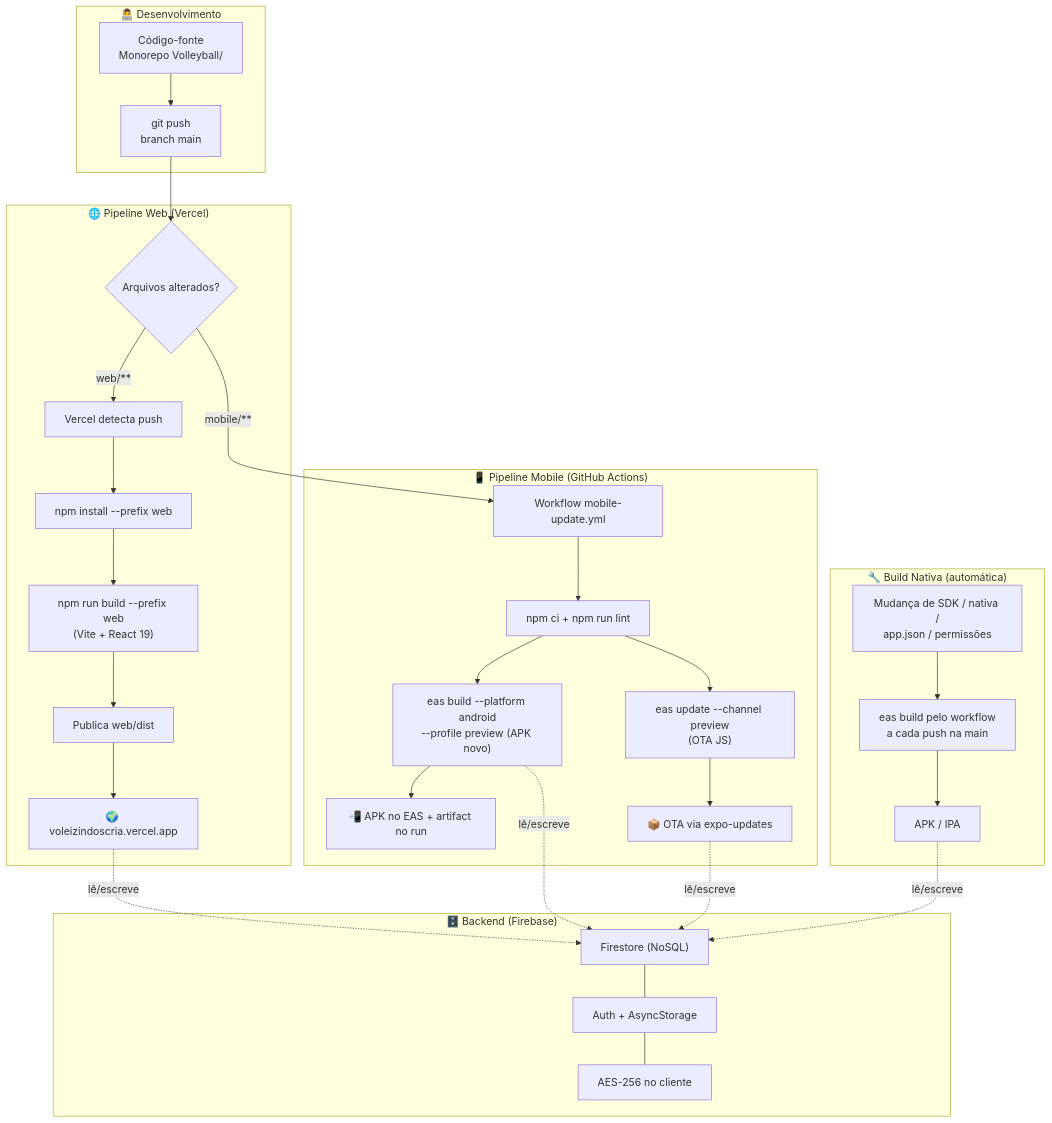
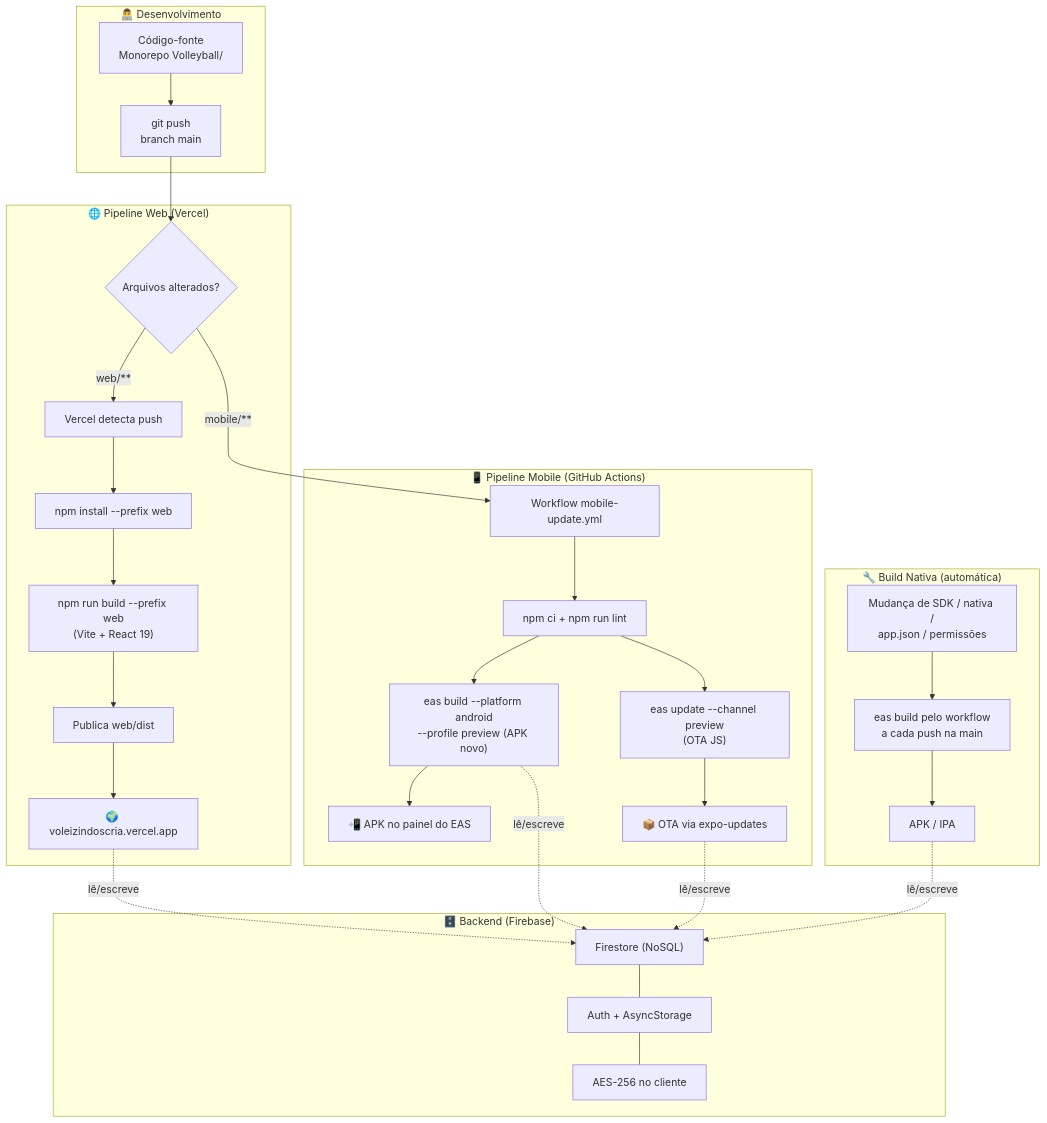
One commit to hectornetf/Volleyball changed the diagram in README.md. Above: the diagram before and after it, drawn with Mermaid. The commit also changed 9 other files, not shown here.

Commit message:
fix: remove failing APK artifact steps from mobile CI workflow

````diff
--- a/README.md
+++ b/README.md
@@ -74,44 +74,44 @@
 ```mermaid
 flowchart TB
     subgraph DEV["👨‍💻 Desenvolvimento"]
         A["Código-fonte<br/>Monorepo Volleyball/"]
         A --> B["git push<br/>branch main"]
     end
 
     B --> C{"Arquivos alterados?"}
 
     subgraph WEB["🌐 Pipeline Web (Vercel)"]
         C -- "web/**" --> D["Vercel detecta push"]
         D --> E["npm install --prefix web"]
         E --> F["npm run build --prefix web<br/>(Vite + React 19)"]
         F --> G["Publica web/dist"]
         G --> H["🌍 voleizindoscria.vercel.app"]
     end
 
     subgraph MOBILE["📱 Pipeline Mobile (GitHub Actions)"]
         C -- "mobile/**" --> I["Workflow mobile-update.yml"]
         I --> J["npm ci + npm run lint"]
         J --> K["eas build --platform android<br/>--profile preview (APK novo)"]
         J --> K2["eas update --channel preview<br/>(OTA JS)"]
-        K --> L["📲 APK no EAS + artifact no run"]
+        K --> L["📲 APK no painel do EAS"]
         K2 --> M2["📦 OTA via expo-updates"]
     end
 
     subgraph NATIVE["🔧 Build Nativa (automática)"]
         M["Mudança de SDK / nativa /<br/>app.json / permissões"]
         M --> N["eas build pelo workflow<br/>a cada push na main"]
         N --> O["APK / IPA"]
     end
 
     subgraph DATA["🗄️ Backend (Firebase)"]
         P["Firestore (NoSQL)"]
         Q["Auth + AsyncStorage"]
         R["AES-256 no cliente"]
     end
 
     H -. "lê/escreve" .-> P
     K -. "lê/escreve" .-> P
     M2 -. "lê/escreve" .-> P
     O -. "lê/escreve" .-> P
     P --- Q --- R
 ```
````
